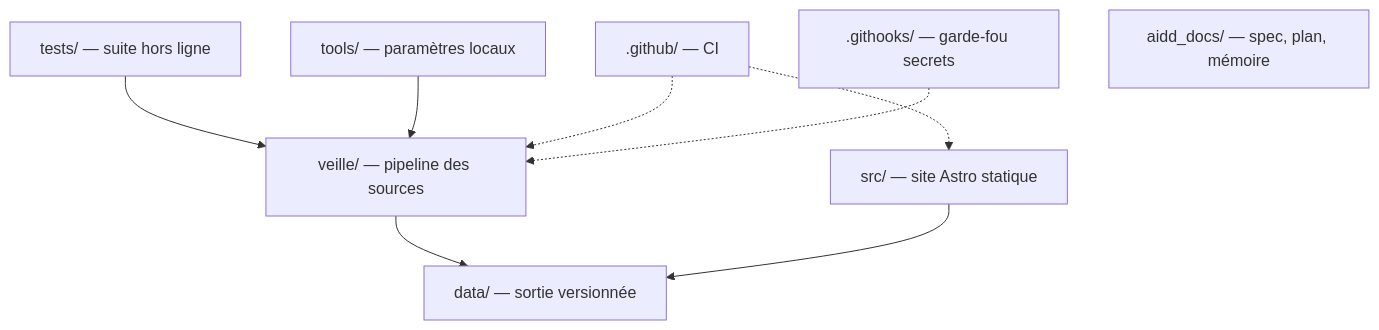
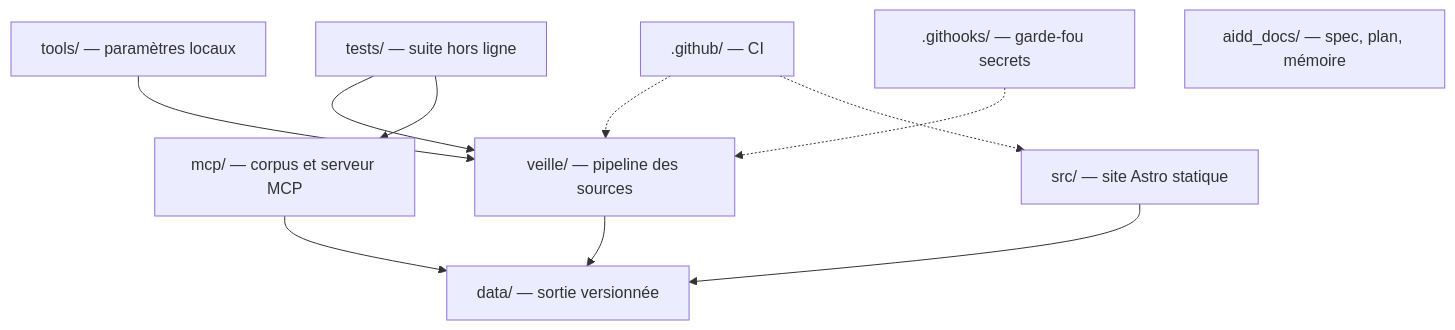
One commit to Beccariavf/vitrine changed the diagram in aidd_docs/memory/codebase-map.md. Above: the diagram before and after it, drawn with Mermaid. The commit also changed other lines of this file and 6 other files, not shown here.

Commit message:
docs(mcp): documenter le corpus, l'index et le serveur

````diff
--- a/aidd_docs/memory/codebase-map.md
+++ b/aidd_docs/memory/codebase-map.md
@@ -5,11 +5,13 @@
 ```mermaid
 flowchart TD
     CLI["veille/ — pipeline des sources"] --> DATA["data/ — sortie versionnée"]
     TESTS["tests/ — suite hors ligne"] --> CLI
+    TESTS --> MCP
     SRC["src/ — site Astro statique"] --> DATA
+    MCP["mcp/ — corpus et serveur MCP"] --> DATA
     TOOLS["tools/ — paramètres locaux"] --> CLI
     CI[".github/ — CI"] -.-> CLI
     CI -.-> SRC
     HOOKS[".githooks/ — garde-fou secrets"] -.-> CLI
     DOCS["aidd_docs/ — spec, plan, mémoire"]
 ```
````
